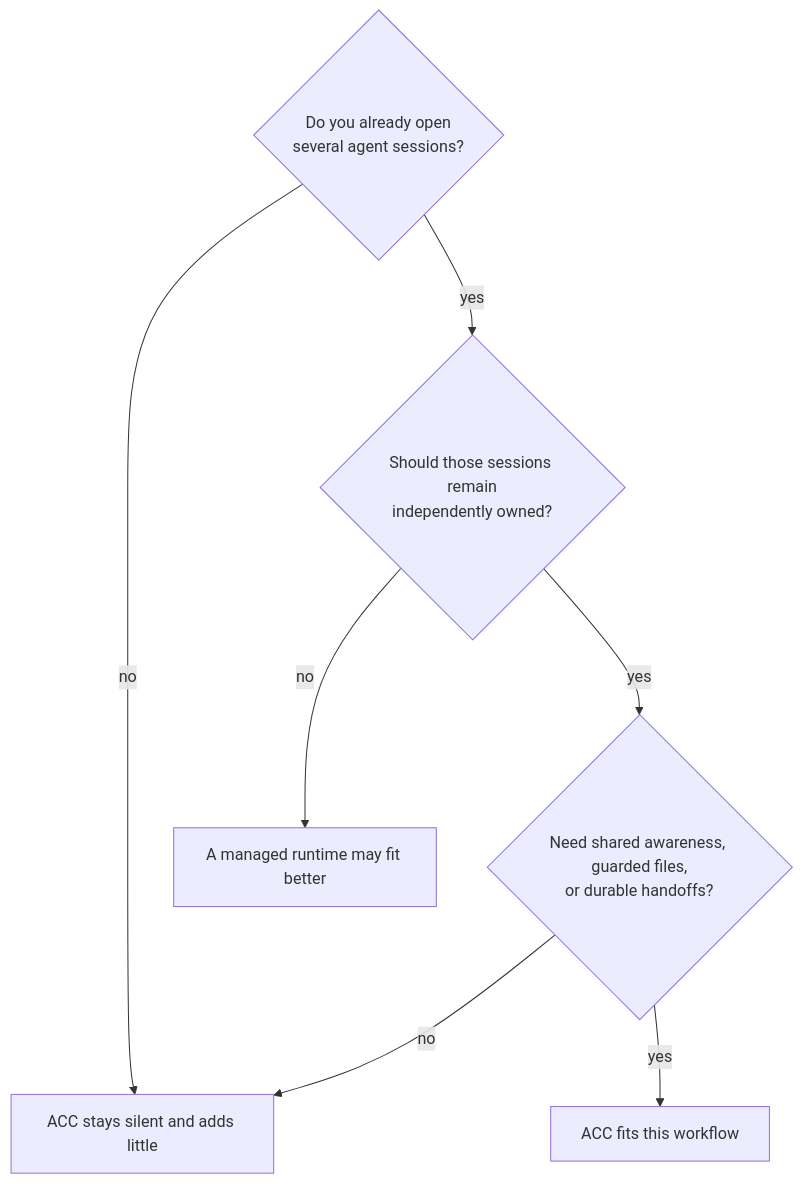
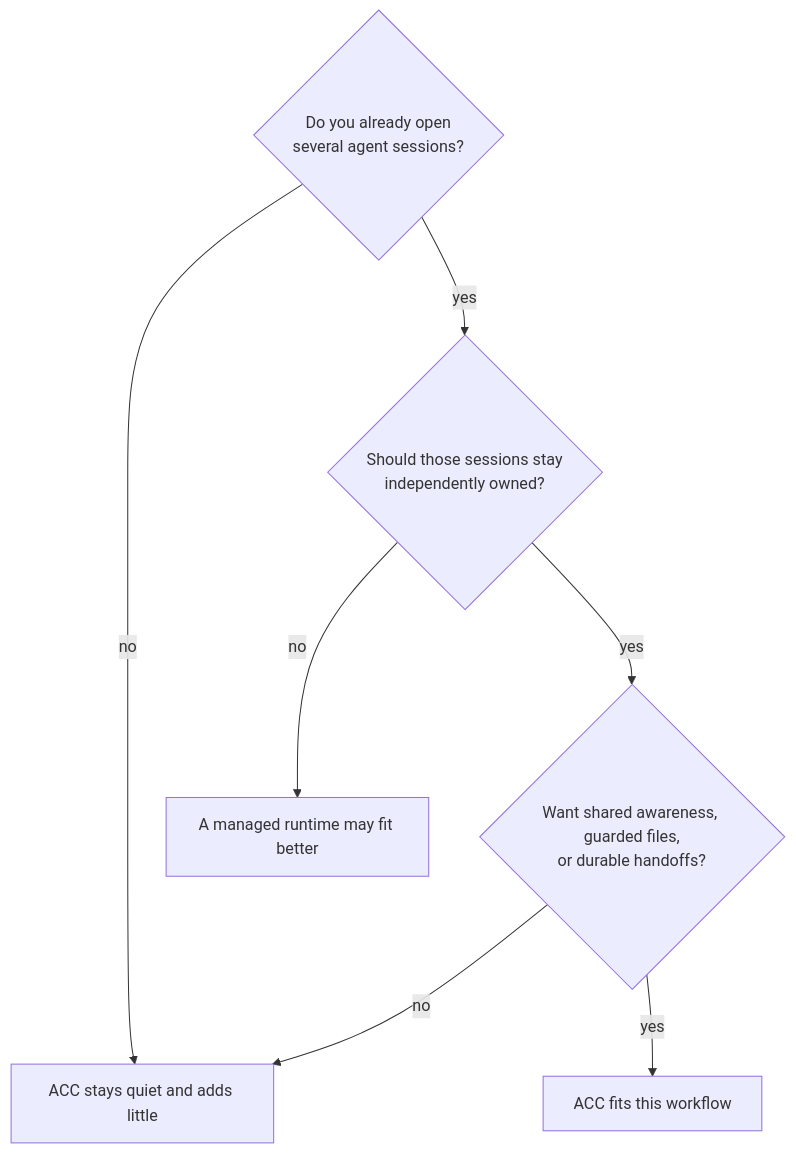
Before and after one commit to automatis-tools/agents-can-communicate: the diagram in docs/WHY_ACC.md, drawn with Mermaid. The commit also changed other lines of this file and 2 other files, not shown here.

````diff
--- a/docs/WHY_ACC.md
+++ b/docs/WHY_ACC.md
@@ -12,9 +17,9 @@
 ```mermaid
 flowchart TD
-  A{Do you already open<br/>several agent sessions?} -->|no| N[ACC stays silent and adds little]
-  A -->|yes| B{Should those sessions remain<br/>independently owned?}
+  A{Do you already open<br/>several agent sessions?} -->|no| N[ACC stays quiet and adds little]
+  A -->|yes| B{Should those sessions stay<br/>independently owned?}
   B -->|no| M[A managed runtime may fit better]
-  B -->|yes| C{Need shared awareness, guarded files,<br/>or durable handoffs?}
+  B -->|yes| C{Want shared awareness, guarded files,<br/>or durable handoffs?}
   C -->|no| N
   C -->|yes| Y[ACC fits this workflow]
 ```
````
